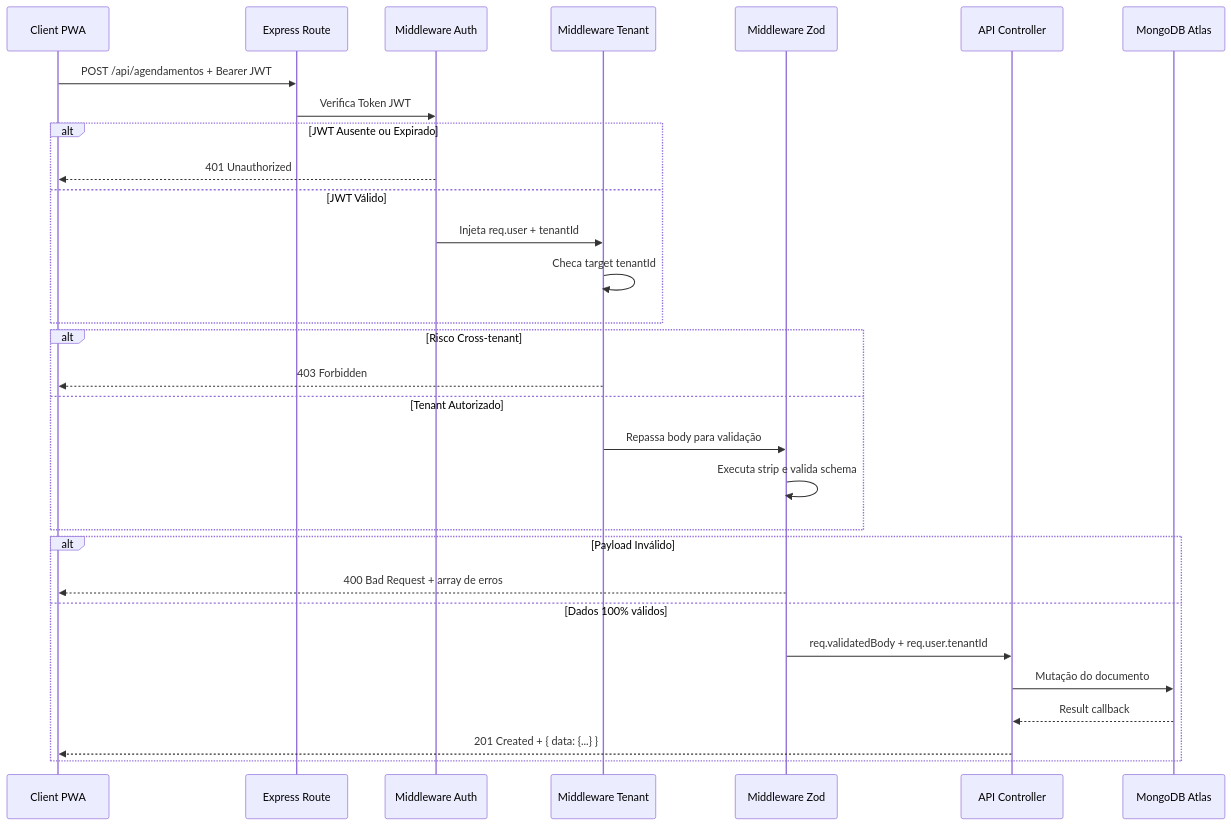
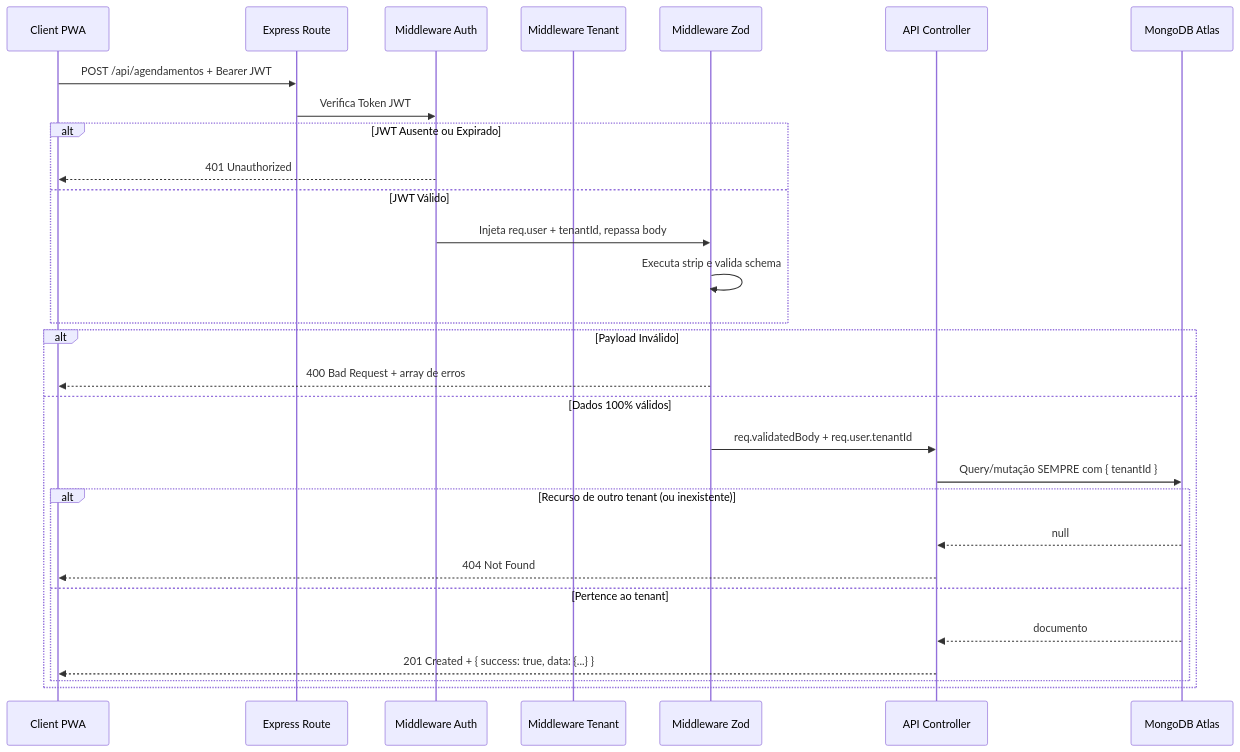
The first of 4 diagrams in docs/Docs Arqueturais/diagramas-rotas-api.md (andredosreis/laura-saas-agenda), drawn with Mermaid before and after one commit. The commit also changed other lines of this file and 10 other files, not shown here.

````diff
--- a/docs/Docs Arqueturais/diagramas-rotas-api.md
+++ b/docs/Docs Arqueturais/diagramas-rotas-api.md
@@ -38,36 +39,34 @@
 ```mermaid
 sequenceDiagram
     participant PWA as Client PWA
     participant Exp as Express Route
     participant Auth as Middleware Auth
     participant Ten as Middleware Tenant
     participant Zod as Middleware Zod
     participant Ctr as API Controller
     participant DB as MongoDB Atlas
 
     PWA->>Exp: POST /api/agendamentos + Bearer JWT
     Exp->>Auth: Verifica Token JWT
 
     alt JWT Ausente ou Expirado
         Auth-->>PWA: 401 Unauthorized
     else JWT Válido
-        Auth->>Ten: Injeta req.user + tenantId
-        Ten->>Ten: Checa target tenantId
-    end
-
-    alt Risco Cross-tenant
-        Ten-->>PWA: 403 Forbidden
-    else Tenant Autorizado
-        Ten->>Zod: Repassa body para validação
+        Auth->>Zod: Injeta req.user + tenantId, repassa body
         Zod->>Zod: Executa strip e valida schema
     end
 
     alt Payload Inválido
         Zod-->>PWA: 400 Bad Request + array de erros
     else Dados 100% válidos
         Zod->>Ctr: req.validatedBody + req.user.tenantId
-        Ctr->>DB: Mutação do documento
-        DB-->>Ctr: Result callback
-        Ctr-->>PWA: 201 Created + { data: {...} }
+        Ctr->>DB: Query/mutação SEMPRE com { tenantId }
+        alt Recurso de outro tenant (ou inexistente)
+            DB-->>Ctr: null
+            Ctr-->>PWA: 404 Not Found
+        else Pertence ao tenant
+            DB-->>Ctr: documento
+            Ctr-->>PWA: 201 Created + { success: true, data: {...} }
+        end
     end
 ```
````
